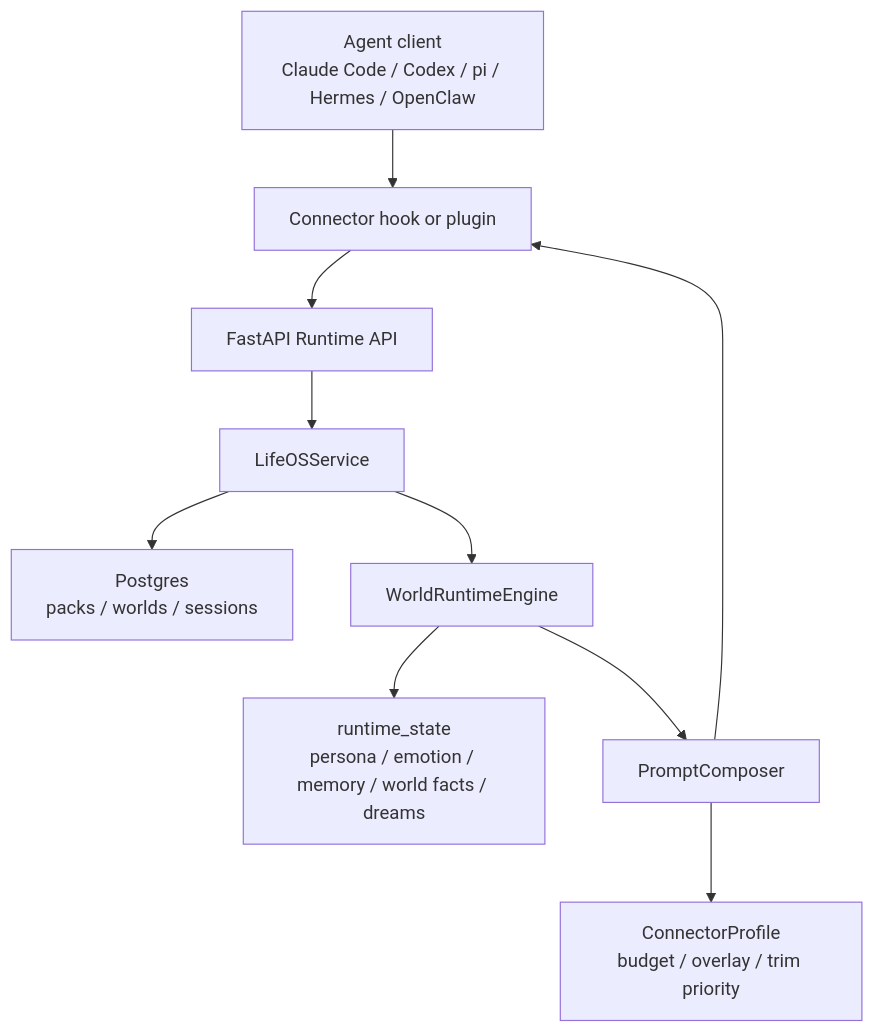
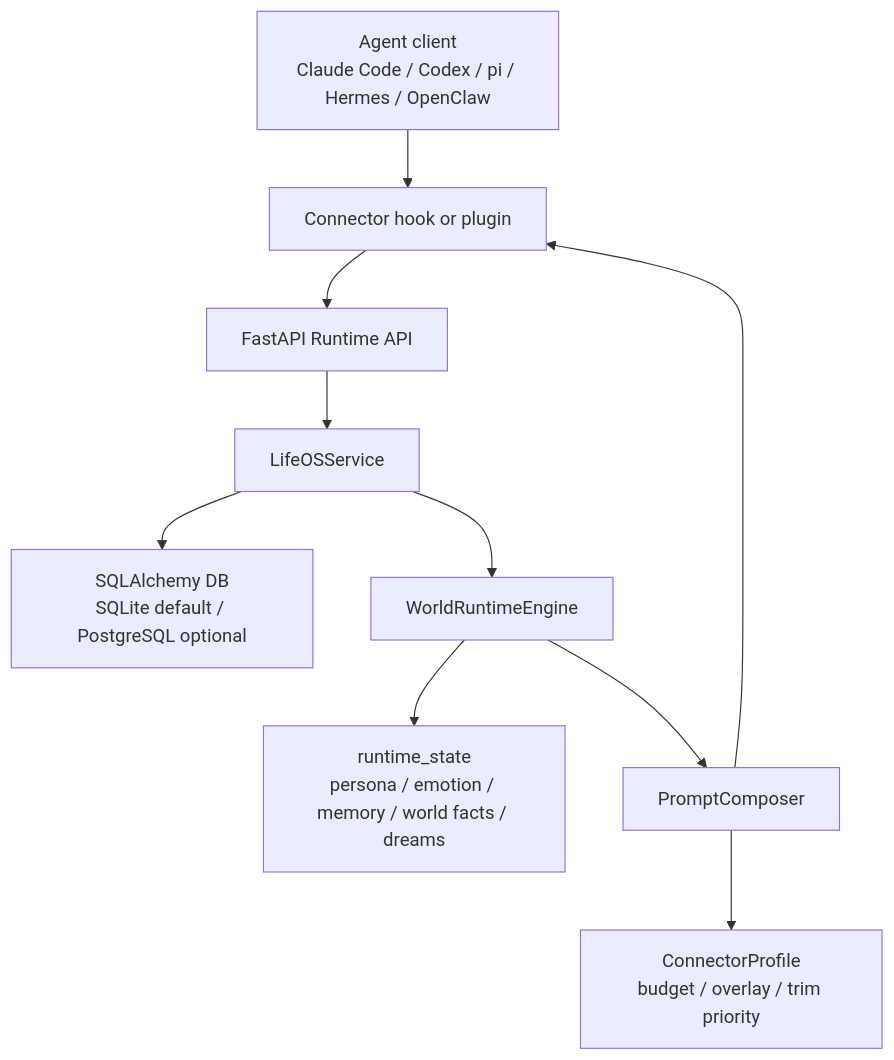
Before and after one commit to Taiyi-AI-Lab/LifeOSHarness: the diagram in README.md, drawn with Mermaid. The commit also changed other lines of this file and 28 other files, not shown here.

````diff
--- a/README.md
+++ b/README.md
@@ -21,12 +21,12 @@
 ```mermaid
 flowchart TD
     Client["Agent client<br/>Claude Code / Codex / pi / Hermes / OpenClaw"] --> Connector["Connector hook or plugin"]
     Connector --> API["FastAPI Runtime API"]
     API --> Service["LifeOSService"]
-    Service --> DB["Postgres<br/>packs / worlds / sessions"]
+    Service --> DB["SQLAlchemy DB<br/>SQLite default / PostgreSQL optional"]
     Service --> Engine["WorldRuntimeEngine"]
     Engine --> State["runtime_state<br/>persona / emotion / memory / world facts / dreams"]
     Engine --> Composer["PromptComposer"]
     Composer --> Profile["ConnectorProfile<br/>budget / overlay / trim priority"]
     Composer --> Connector
 ```
````
